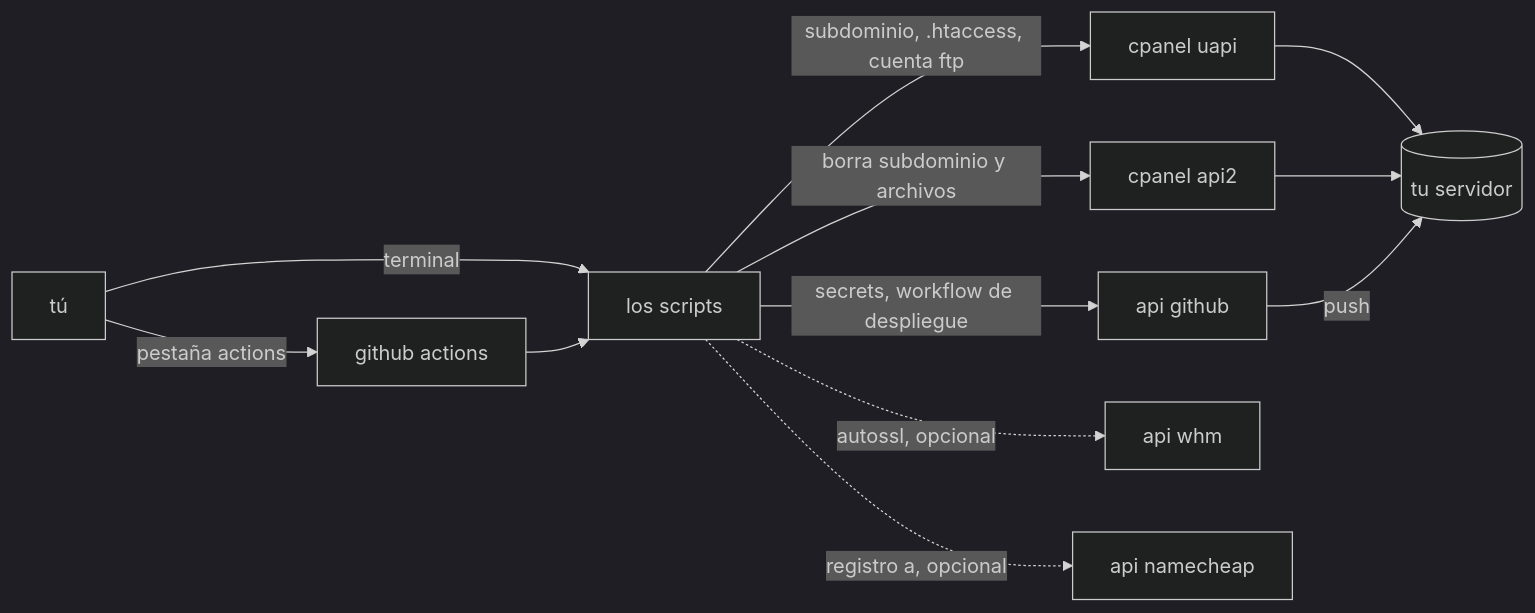
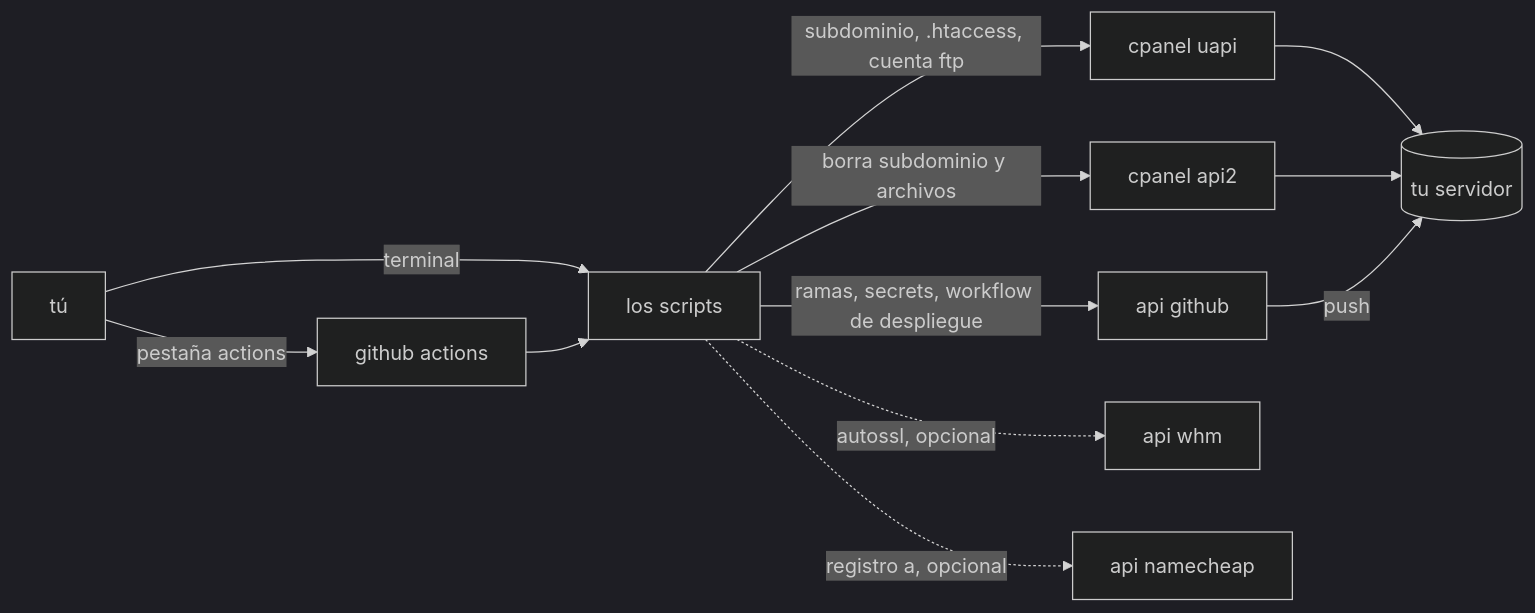
One commit to leandroestrella/hammerspace changed the diagram in README.es.md. Above: the diagram before and after it, drawn with Mermaid. The commit also changed other lines of this file and 12 other files, not shown here.

````diff
--- a/README.es.md
+++ b/README.es.md
@@ -28,15 +28,15 @@
 ```mermaid
 %%{init: {'theme': 'dark'}}%%
 flowchart LR
     YOU[tú] -->|pestaña actions| GHA[github actions]
     YOU -->|terminal| CLI[los scripts]
     GHA --> CLI
     CLI -->|subdominio, .htaccess, cuenta ftp| UAPI[cpanel uapi]
     CLI -->|borra subdominio y archivos| API2[cpanel api2]
-    CLI -->|secrets, workflow de despliegue| GH[api github]
+    CLI -->|ramas, secrets, workflow de despliegue| GH[api github]
     CLI -.->|autossl, opcional| WHM[api whm]
     CLI -.->|registro a, opcional| NC[api namecheap]
     UAPI --> SRV[(tu servidor)]
     API2 --> SRV
     GH -->|push| SRV
 ```
````
